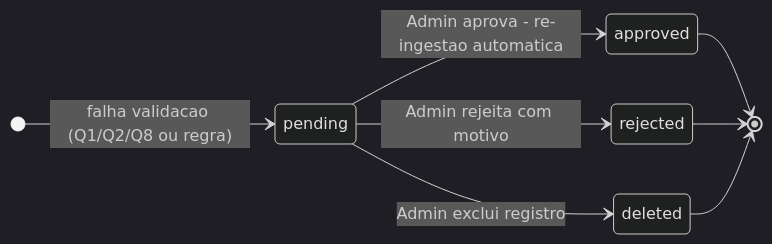
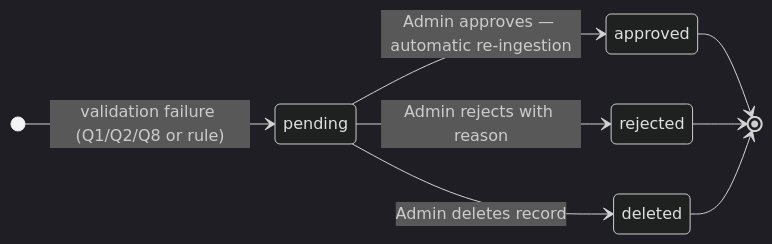
One commit to RtaSistemas/PMAS changed the sixth of 6 diagrams in README.md. Above: the diagram before and after it, drawn with Mermaid (dark theme). The commit also changed other lines of this file and 13 other files, not shown here.

````diff
--- a/README.md
+++ b/README.md
@@ -816,14 +785,14 @@
 ```mermaid
 stateDiagram-v2
     direction LR
 
-    [*] --> pending : falha validacao (Q1/Q2/Q8 ou regra)
+    [*] --> pending : validation failure (Q1/Q2/Q8 or rule)
 
-    pending --> approved : Admin aprova - re-ingestao automatica
-    pending --> rejected : Admin rejeita com motivo
-    pending --> deleted : Admin exclui registro
+    pending --> approved : Admin approves — automatic re-ingestion
+    pending --> rejected : Admin rejects with reason
+    pending --> deleted : Admin deletes record
 
     approved --> [*]
     rejected --> [*]
     deleted --> [*]
 ```
````
